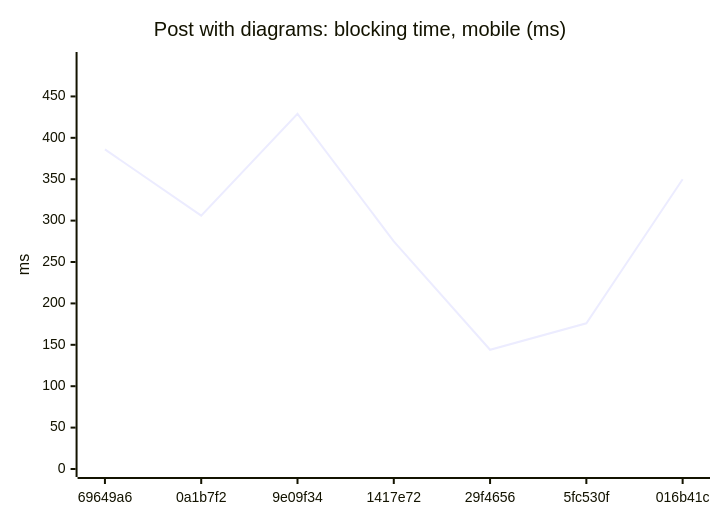
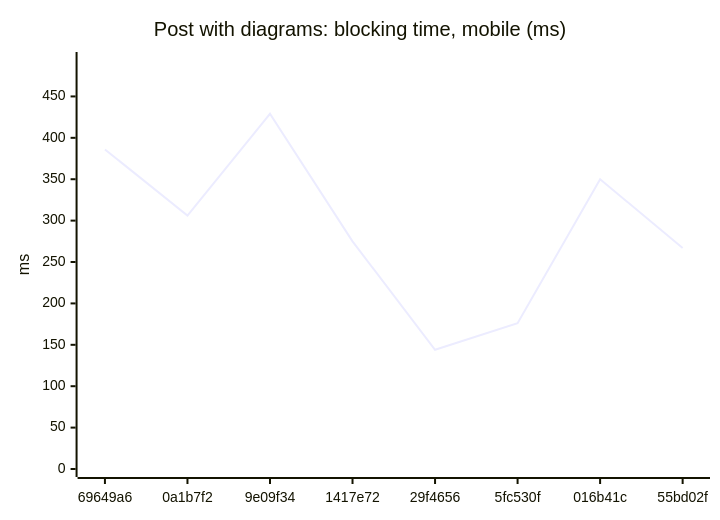
One commit to AxelUser/maltsev.space changed diagram 16 of 18 in README.md. Above: the diagram before and after it, drawn with Mermaid. The commit also changed other lines of this file and 1 other file, not shown here.

````diff
--- a/README.md
+++ b/README.md
@@ -169,7 +169,7 @@
 ```mermaid
 xychart-beta
   title "Post with diagrams: blocking time, mobile (ms)"
-  x-axis ["69649a6", "0a1b7f2", "9e09f34", "1417e72", "29f4656", "5fc530f", "016b41c"]
+  x-axis ["69649a6", "0a1b7f2", "9e09f34", "1417e72", "29f4656", "5fc530f", "016b41c", "55bd02f"]
   y-axis "ms" 0 --> 494
-  line [386, 306, 429, 275, 144, 176, 350]
+  line [386, 306, 429, 275, 144, 176, 350, 267]
 ```
````
